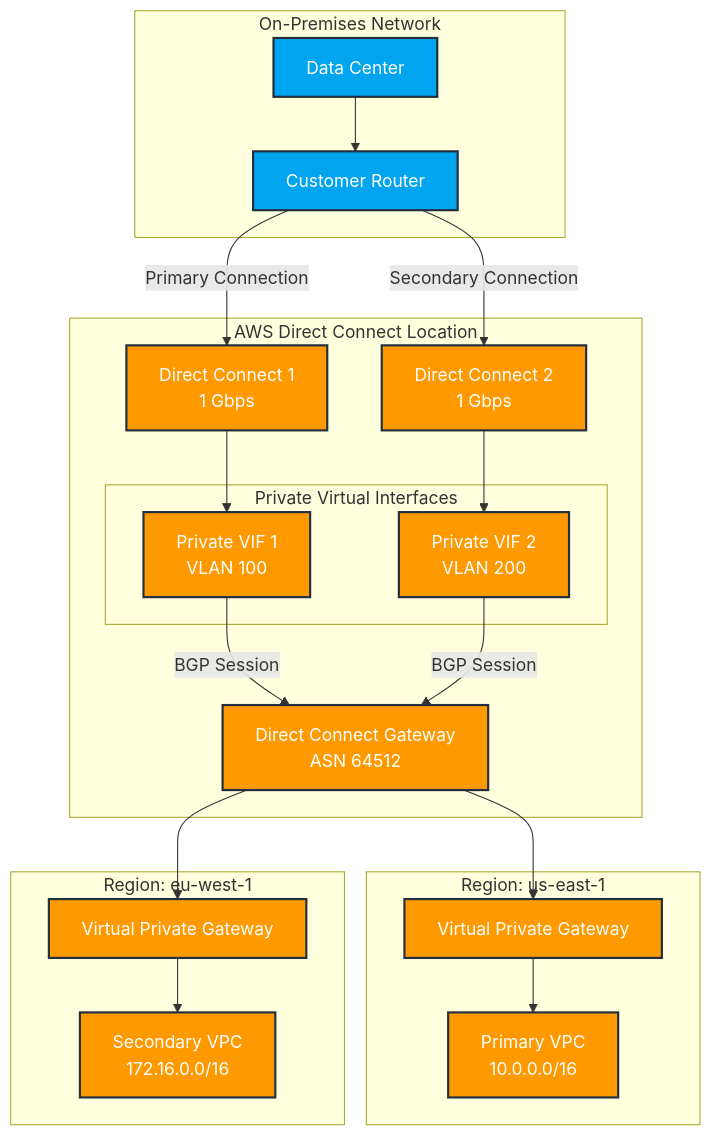
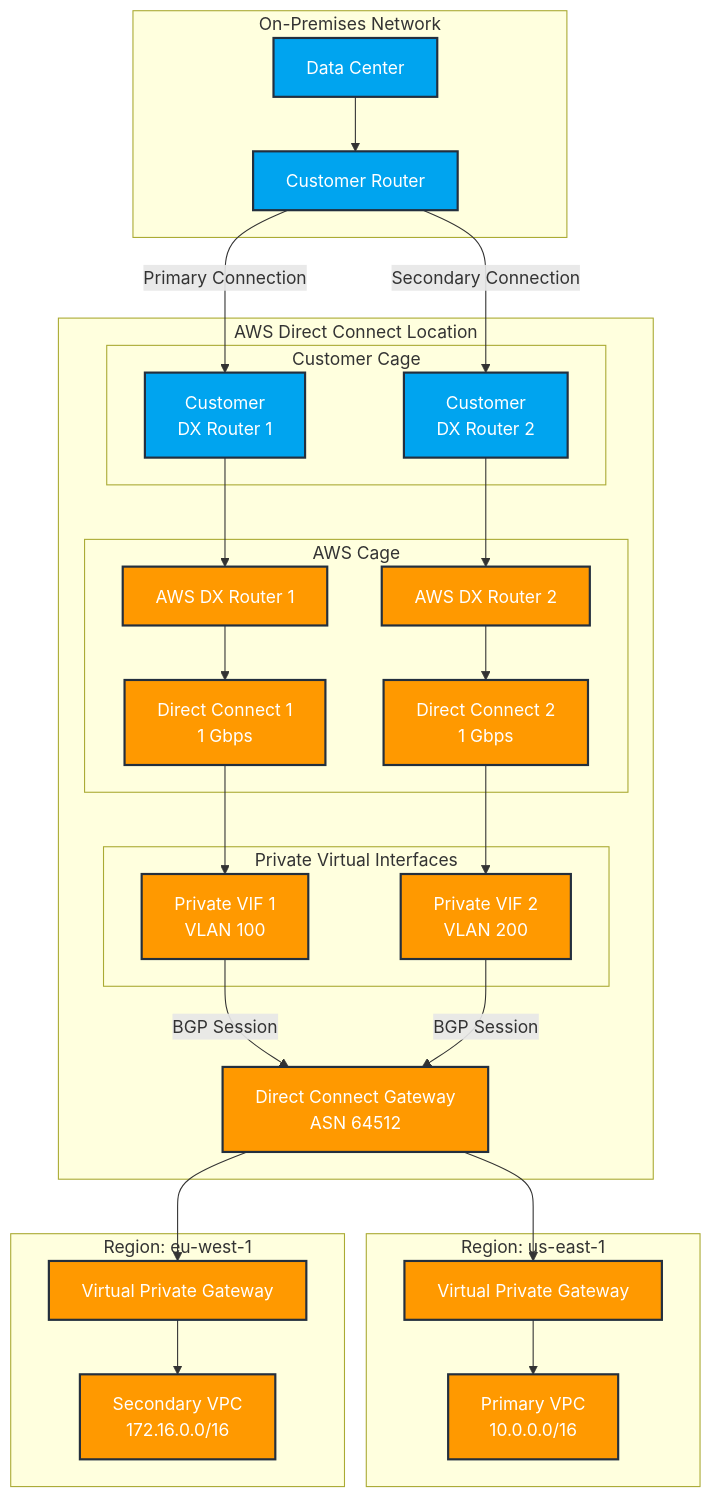
The diagram in software-development/aws-pro/implementation-guides/direct-connect-gateway-implementation-guide.md (puglieseweb/puglieseweb.com), drawn with Mermaid before and after one commit. The commit also changed 1 other file, not shown here.

Commit message:
GITBOOK-685: No subject

````diff
--- a/software-development/aws-pro/implementation-guides/direct-connect-gateway-implementation-guide.md
+++ b/software-development/aws-pro/implementation-guides/direct-connect-gateway-implementation-guide.md
@@ -120,47 +120,63 @@
 ```mermaid
 graph TB
     subgraph "On-Premises Network"
         CR[Customer Router]
         DC[Data Center]
         DC --> CR
     end
 
     subgraph "AWS Direct Connect Location"
-        DX1[Direct Connect 1<br/>1 Gbps]
-        DX2[Direct Connect 2<br/>1 Gbps]
+        subgraph "Customer Cage"
+            CageR1[Customer<br/>DX Router 1]
+            CageR2[Customer<br/>DX Router 2]
+            CR --"Primary Connection"--> CageR1
+            CR --"Secondary Connection"--> CageR2
+        end
+
+        subgraph "AWS Cage"
+            DX1[Direct Connect 1<br/>1 Gbps]
+            DX2[Direct Connect 2<br/>1 Gbps]
+            DXR1[AWS DX Router 1]
+            DXR2[AWS DX Router 2]
+            
+            CageR1 --> DXR1
+            CageR2 --> DXR2
+            DXR1 --> DX1
+            DXR2 --> DX2
+        end
         
         subgraph "Private Virtual Interfaces"
             VIF1[Private VIF 1<br/>VLAN 100]
             VIF2[Private VIF 2<br/>VLAN 200]
         end
         
         DXGW[Direct Connect Gateway<br/>ASN 64512]
+
+        DX1 --> VIF1
+        DX2 --> VIF2
     end
     
     subgraph "Region: us-east-1"
         VPC1[Primary VPC<br/>10.0.0.0/16]
         VGW1[Virtual Private Gateway]
     end
     
     subgraph "Region: eu-west-1"
         VPC2[Secondary VPC<br/>172.16.0.0/16]
         VGW2[Virtual Private Gateway]
     end
 
-    CR --"Primary Connection"--> DX1
-    CR --"Secondary Connection"--> DX2
-    DX1 --> VIF1
-    DX2 --> VIF2
     VIF1 & VIF2 --"BGP Session"--> DXGW
     DXGW --> VGW1 & VGW2
     VGW1 --> VPC1
     VGW2 --> VPC2
 
     classDef aws fill:#FF9900,stroke:#232F3E,stroke-width:2px,color:white;
     classDef corporate fill:#00A4EF,stroke:#232F3E,stroke-width:2px,color:white;
     classDef network fill:#1EC754,stroke:#232F3E,stroke-width:2px,color:white;
+    classDef cage fill:#E6E6E6,stroke:#666666,stroke-width:1px,color:black;
     
-    class VPC1,VPC2,DXGW,DX1,DX2,VGW1,VGW2,VIF1,VIF2 aws;
-    class DC,CR corporate;
+    class VPC1,VPC2,DXGW,DX1,DX2,VGW1,VGW2,VIF1,VIF2,DXR1,DXR2 aws;
+    class DC,CR,CageR1,CageR2 corporate;
 
 ```
````
